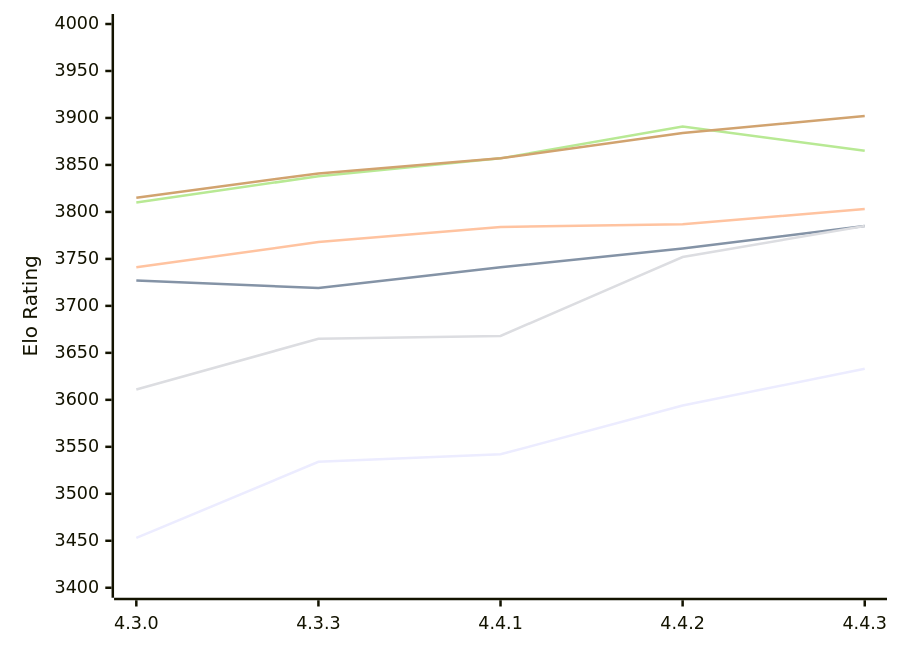
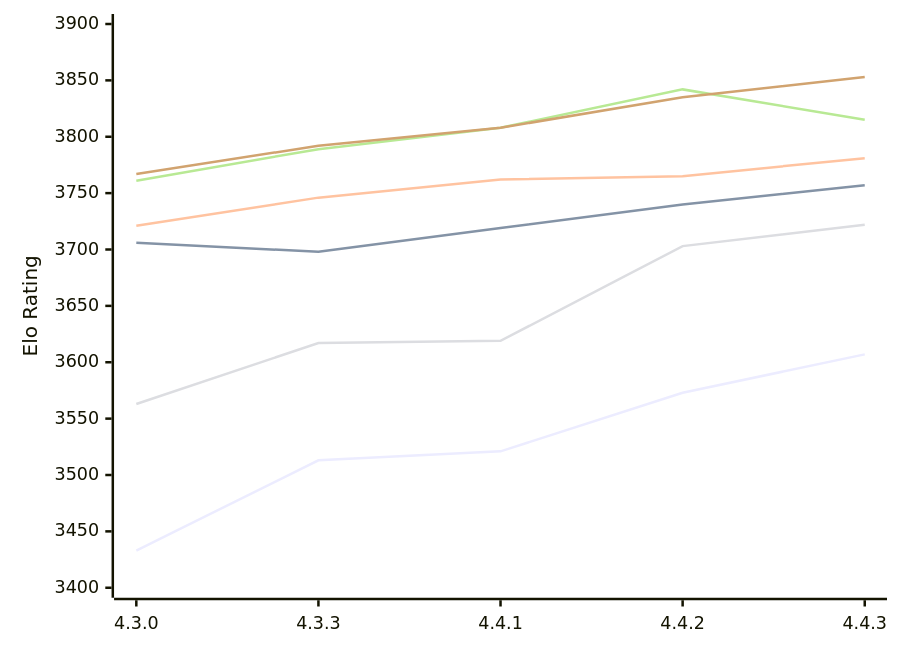
One commit to computer-chess-index/cci changed the first of 2 diagrams in engines/Gaia.md. Above: the diagram before and after it, drawn with Mermaid. The commit also changed other lines of this file, not shown here.

Commit message:
Update CCI Ratings (ELO VLTC) - 2026-11-08

````diff
--- a/engines/Gaia.md
+++ b/engines/Gaia.md
@@ -61,12 +61,12 @@
 ```mermaid
 %%{init: {"theme":"base","themeVariables":{"seriesColors:['#a3a3a3','#222221','#faa371']}}}%%
 xychart-beta
   x-axis ["4.3.0", "4.3.3", "4.4.1", "4.4.2", "4.4.3"]
-  y-axis "Elo Rating" 3400 --> 4000
-  line "E1: STC (8.0+0.08s)" [3453, 3534, 3542, 3594, 3633]
-  line "E1: LTC (60.0+0.60s)" [3727, 3719, 3741, 3761, 3785]
-  line "E1: VLTC (2m24s+1.12s)" [3741, 3768, 3784, 3787, 3803]
-  line "P1: STC (8.0+0.08s)" [3611, 3665, 3668, 3752, 3785]
-  line "P1: LTC (60.0+0.60s)" [3810, 3838, 3857, 3891, 3865]
-  line "P1: VLTC (2m24s+1.12s)" [3815, 3841, 3857, 3884, 3902]
+  y-axis "Elo Rating" 3400 --> 3900
+  line "E1: STC (8.0+0.08s)" [3433, 3513, 3521, 3573, 3607]
+  line "E1: LTC (60.0+0.60s)" [3706, 3698, 3719, 3740, 3757]
+  line "E1: VLTC (2m24s+1.12s)" [3721, 3746, 3762, 3765, 3781]
+  line "P1: STC (8.0+0.08s)" [3563, 3617, 3619, 3703, 3722]
+  line "P1: LTC (60.0+0.60s)" [3761, 3789, 3808, 3842, 3815]
+  line "P1: VLTC (2m24s+1.12s)" [3767, 3792, 3808, 3835, 3853]
 ```
````
